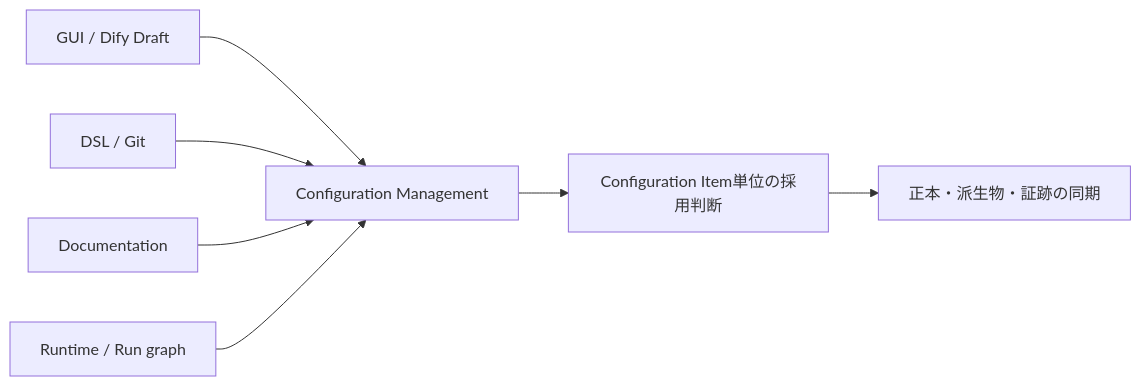
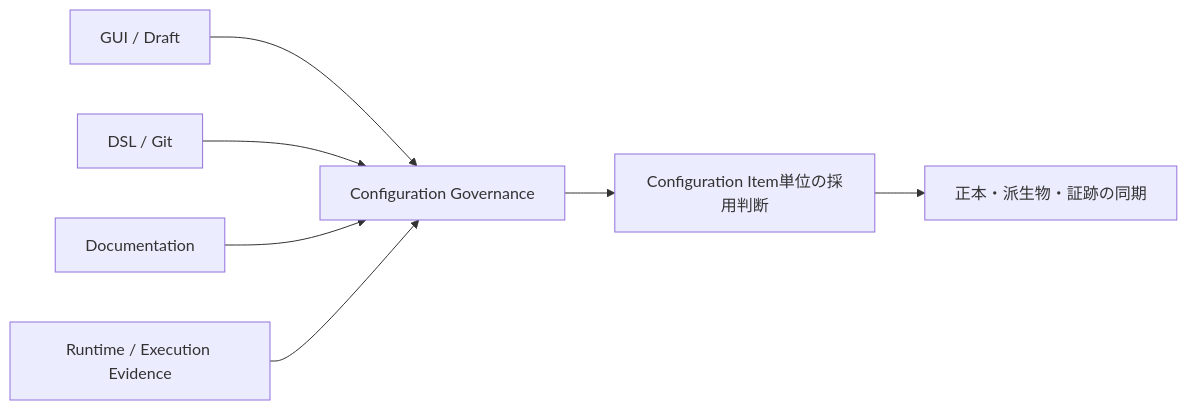
Before and after one commit to fctaityo/fctaityo.github.io: the first of 11 diagrams in docs/public/architecture-public.md, drawn with Mermaid. The commit also changed other lines of this file, not shown here.

````diff
--- a/docs/public/architecture-public.md
+++ b/docs/public/architecture-public.md
@@ -42,9 +44,9 @@
 ```mermaid
 flowchart LR
-  GUI["GUI / Dify Draft"] --> CM["Configuration Management"]
+  GUI["GUI / Draft"] --> CM["Configuration Governance"]
   DSL["DSL / Git"] --> CM
   DOC["Documentation"] --> CM
-  RUN["Runtime / Run graph"] --> CM
+  RUN["Runtime / Execution Evidence"] --> CM
   CM --> CI["Configuration Item単位の採用判断"]
   CI --> SYNC["正本・派生物・証跡の同期"]
 ```
````
